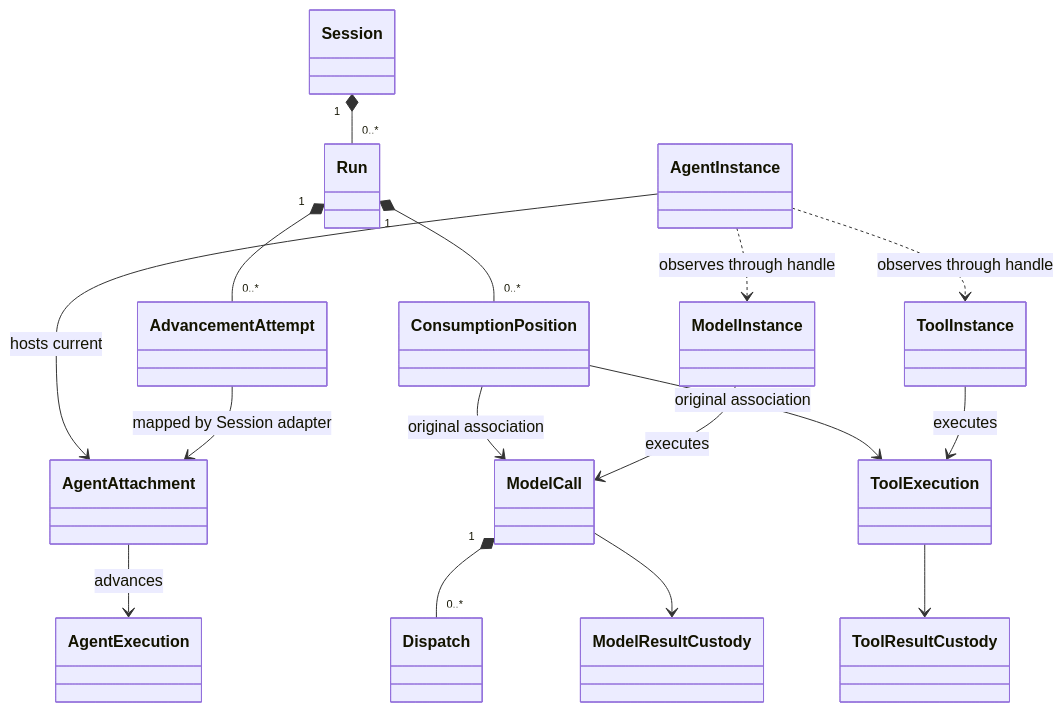
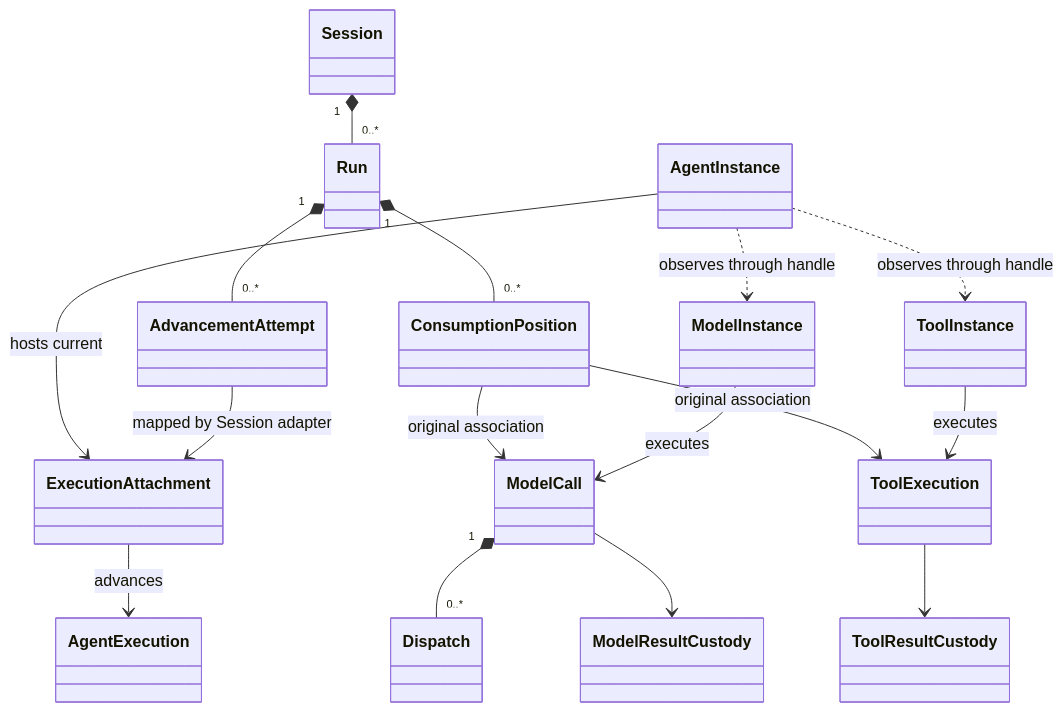
One commit to nemori-ai/omne-harness-lite changed the diagram in docs/architecture/runtime/runtime-contract-model.md. Above: the diagram before and after it, drawn with Mermaid. The commit also changed other lines of this file and 2 other files, not shown here.

First line of the commit message:
docs(architecture,agent): 三张共同页写回并改相对链接

````diff
--- a/docs/architecture/runtime/runtime-contract-model.md
+++ b/docs/architecture/runtime/runtime-contract-model.md
@@ -40,30 +41,32 @@
 ```mermaid
 classDiagram
   class Session
   class Run
   class AdvancementAttempt
   class ConsumptionPosition
   class AgentInstance
+  class ExecutionAttachment
+  class AgentExecution
   class ModelCall
   class Dispatch
   class ModelInstance
   class ToolExecution
   class ToolInstance
   class ModelResultCustody
   class ToolResultCustody
   Session "1" *-- "0..*" Run
   Run "1" *-- "0..*" AdvancementAttempt
   Run "1" *-- "0..*" ConsumptionPosition
-  AgentInstance --> AgentAttachment : hosts current
-  AgentAttachment --> AgentExecution : advances
-  AdvancementAttempt --> AgentAttachment : mapped by Session adapter
+  AgentInstance --> ExecutionAttachment : hosts current
+  ExecutionAttachment --> AgentExecution : advances
+  AdvancementAttempt --> ExecutionAttachment : mapped by Session adapter
   ConsumptionPosition --> ModelCall : original association
   ConsumptionPosition --> ToolExecution : original association
   ModelCall "1" *-- "0..*" Dispatch
   ModelInstance --> ModelCall : executes
   ToolInstance --> ToolExecution : executes
   ModelCall --> ModelResultCustody
   ToolExecution --> ToolResultCustody
   AgentInstance ..> ModelInstance : observes through handle
   AgentInstance ..> ToolInstance : observes through handle
 ```
````
